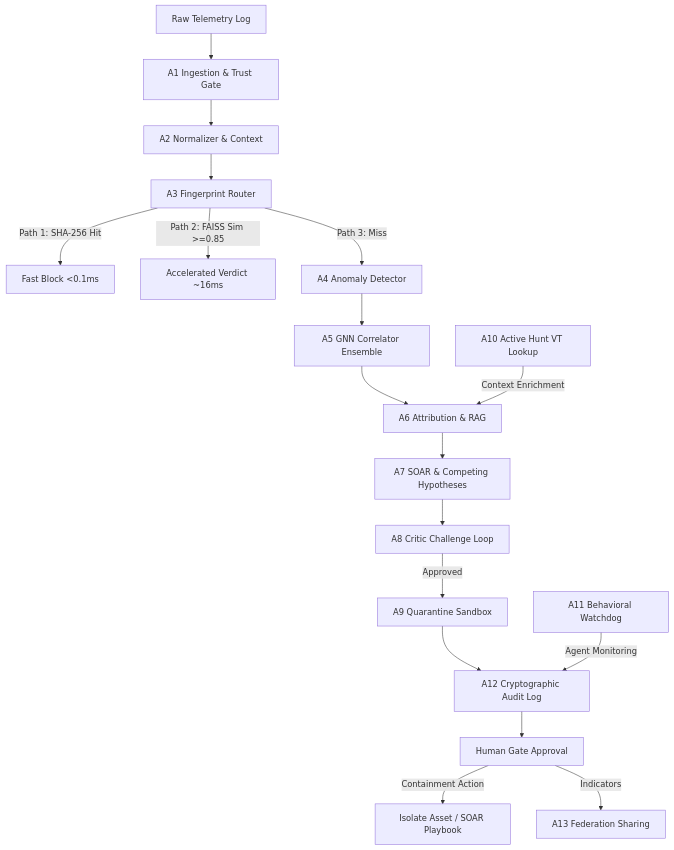
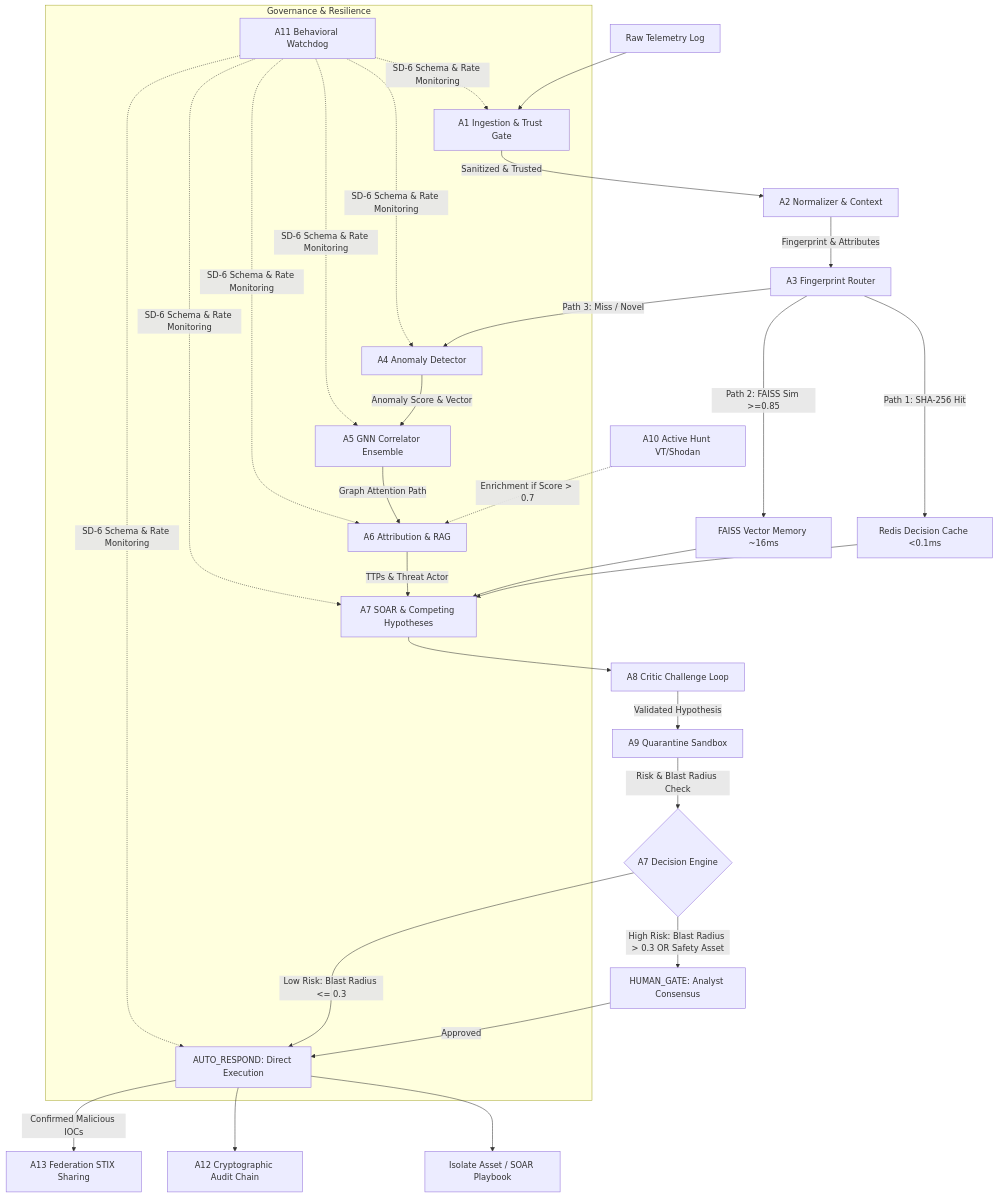
Before and after one commit to 1919-14/Hypothesis-Driven-Cyber-Investigation-Operating-System-HCI-OS-: the diagram in README.md, drawn with Mermaid. The commit also changed 2 other files, not shown here.

Commit message:
Update System Architecture diagram across all docs to reflect A7 decision branching, A11 Watchdog wrapper, and A12 audit chaining

````diff
--- a/README.md
+++ b/README.md
@@ -43,24 +43,37 @@
 ```mermaid
 graph TD
     A[Raw Telemetry Log] --> B[A1 Ingestion & Trust Gate]
-    B --> C[A2 Normalizer & Context]
-    C --> D[A3 Fingerprint Router]
+    B -->|Sanitized & Trusted| C[A2 Normalizer & Context]
+    C -->|Fingerprint & Attributes| D[A3 Fingerprint Router]
     
-    D -->|Path 1: SHA-256 Hit| E[Fast Block <0.1ms]
-    D -->|Path 2: FAISS Sim >=0.85| F[Accelerated Verdict ~16ms]
-    D -->|Path 3: Miss| G[A4 Anomaly Detector]
+    D -->|Path 1: SHA-256 Hit| E[Redis Decision Cache <0.1ms]
+    D -->|Path 2: FAISS Sim >=0.85| F[FAISS Vector Memory ~16ms]
+    D -->|Path 3: Miss / Novel| G[A4 Anomaly Detector]
     
-    G --> H[A5 GNN Correlator Ensemble]
-    H --> I[A6 Attribution & RAG]
-    I --> J[A7 SOAR & Competing Hypotheses]
+    E --> J[A7 SOAR & Competing Hypotheses]
+    F --> J
+    
+    G -->|Anomaly Score & Vector| H[A5 GNN Correlator Ensemble]
+    H -->|Graph Attention Path| I[A6 Attribution & RAG]
+    
+    H1[A10 Active Hunt VT/Shodan] -.->|Enrichment if Score > 0.7| I
+    
+    I -->|TTPs & Threat Actor| J
     J --> K[A8 Critic Challenge Loop]
-    K -->|Approved| L[A9 Quarantine Sandbox]
-    L --> M[A12 Cryptographic Audit Log]
-    M --> N[Human Gate Approval]
+    K -->|Validated Hypothesis| L[A9 Quarantine Sandbox]
     
-    N -->|Containment Action| O[Isolate Asset / SOAR Playbook]
-    N -->|Indicators| P[A13 Federation Sharing]
+    L -->|Risk & Blast Radius Check| M{A7 Decision Engine}
     
-    H1[A10 Active Hunt VT Lookup] -->|Context Enrichment| I
-    H2[A11 Behavioral Watchdog] -->|Agent Monitoring| M
+    M -->|Low Risk: Blast Radius <= 0.3| N[AUTO_RESPOND: Direct Execution]
+    M -->|High Risk: Blast Radius > 0.3 OR Safety Asset| O[HUMAN_GATE: Analyst Consensus]
+    
+    O -->|Approved| N
+    
+    N --> P[Isolate Asset / SOAR Playbook]
+    N --> Q[A12 Cryptographic Audit Chain]
+    N -->|Confirmed Malicious IOCs| R[A13 Federation STIX Sharing]
+    
+    subgraph Governance & Resilience
+        S[A11 Behavioral Watchdog] -.->|SD-6 Schema & Rate Monitoring| B & G & H & I & J & N
+    end
 ```
````
